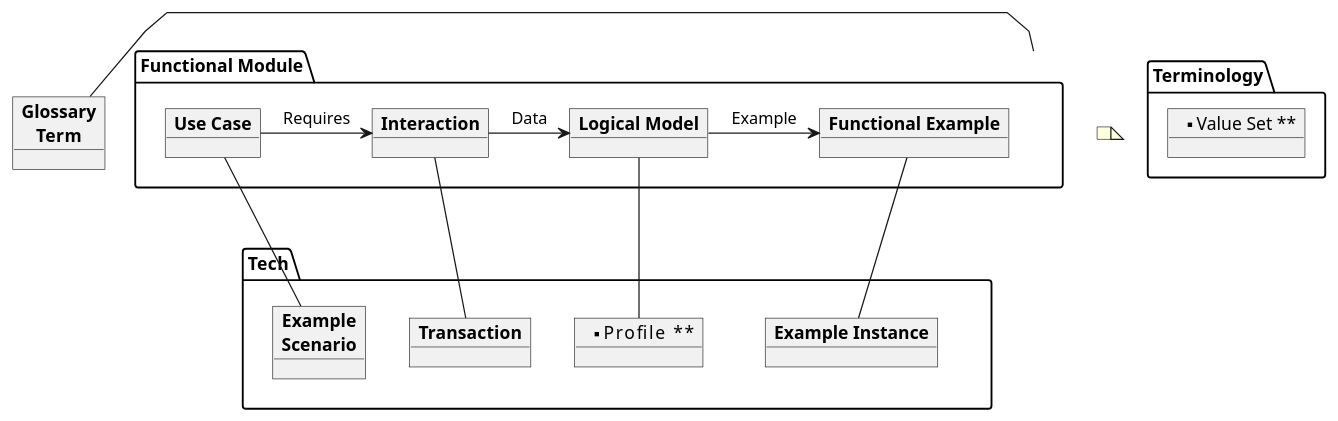
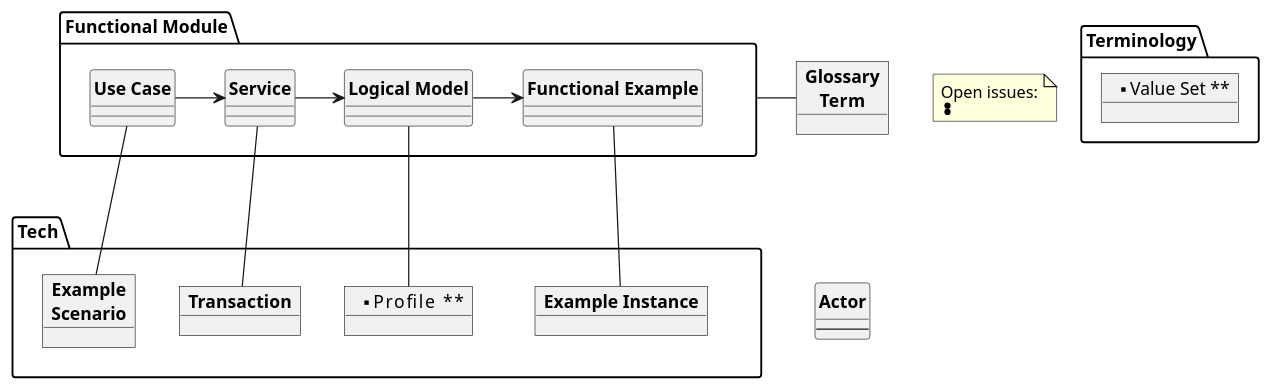
One commit to IHE/FHIR_IG_content changed the diagram in source/be_overview.pu. Above: the diagram before and after it, drawn with PlantUML.

```diff
--- a/source/be_overview.pu
+++ b/source/be_overview.pu
@@ -1,22 +1,76 @@
 @startuml
 
 skinparam linetype polyline
+hide circle
 
 package "Functional Module" as Functional {
-  Object "**Use Case**" as UCase {
+  Class "**Use Case**" as UCase {
   }
 
-  Object "**Interaction**" as Interaction {
+  Class "**Service**" as Interaction {
   }
 
-  Object "**Logical Model**" as LogicalModel {
+
+  Class "**Logical Model**" as LogicalModel {
   }
 
-  object "**Functional Example**" as Example {
+  Class "**Functional Example**" as Example {
 
   }
 
 }
+
+  Class "**Actor**" as Actor {
+  /'  Actor
+  |_ **id**
+  |_ name
+  |_ description
+  |_ (content)
+  '/
+  --
+}
+
+/'
+Class Transaction {
+Transaction
+|_ **id**
+|_ name
+|_ description
+|_ message
+  |_ initiator
+  |_ receiver
+  |_ name
+  |_ description
+  |_ trigger
+    |_ id
+    |_ name 
+    |_ description   
+    |_ overview   
+  |_ semantics
+    |_ description   
+    |_ overview   
+    |_ profile ?
+  |_ action
+    |_ name
+    |_ description   
+    |_ overview   
+  |_ result
+    |_ name
+    |_ description
+    |_ trigger
+      |_ id
+      |_ name 
+    |_ semantics
+      |_ description   
+      |_ overview   
+    |_ action
+      |_ name
+      |_ description   
+      |_ overview   
+--
+}
+
+'/
 
 
 Object "**Glossary**\n**Term**" as BTerm {
@@ -26,15 +80,19 @@
 UCase -right[hidden]-> Interaction
 Interaction -right[hidden]-> LogicalModel
 LogicalModel -right[hidden]-> Example
-LogicalModel -left[hidden]-> BTerm
+LogicalModel -right[hidden]-> BTerm
 
+BTerm -down[hidden]-> Actor
 Functional -down[hidden]-> Tech
 
 
-UCase -right-> Interaction: Requires
-Interaction -right-> LogicalModel: Data
-LogicalModel -right-> Example: Example
-Functional -right- BTerm
+'UCase -right-> Interaction: 'Requires
+'Interaction -right-> LogicalModel: 'Data
+'LogicalModel -right-> Example: 'Example
+UCase -right-> Interaction: ""
+Interaction -right-> LogicalModel: ""
+LogicalModel -right-> Example: ""
+Functional -right- BTerm: ""
 
 
 
@@ -206,7 +264,9 @@
 '/
 
 note as N1
-
+Open issues:
+* 
+* 
 end note
 
 
```
